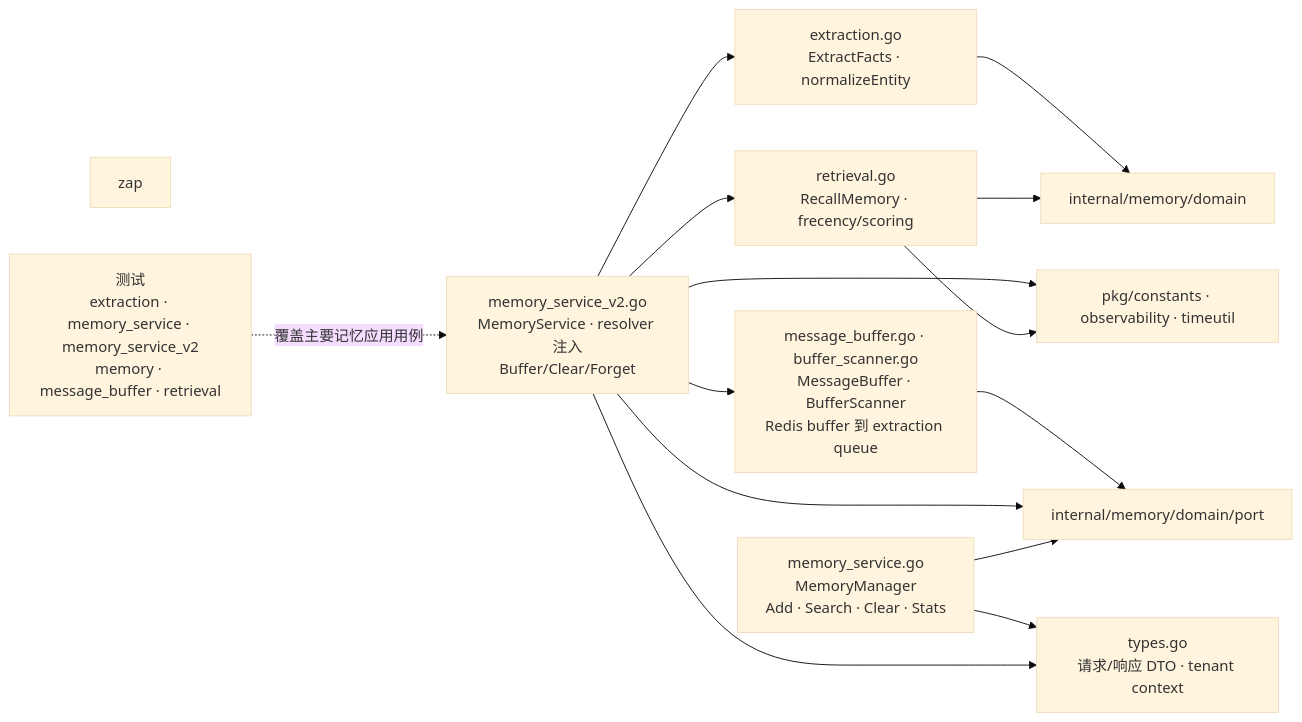
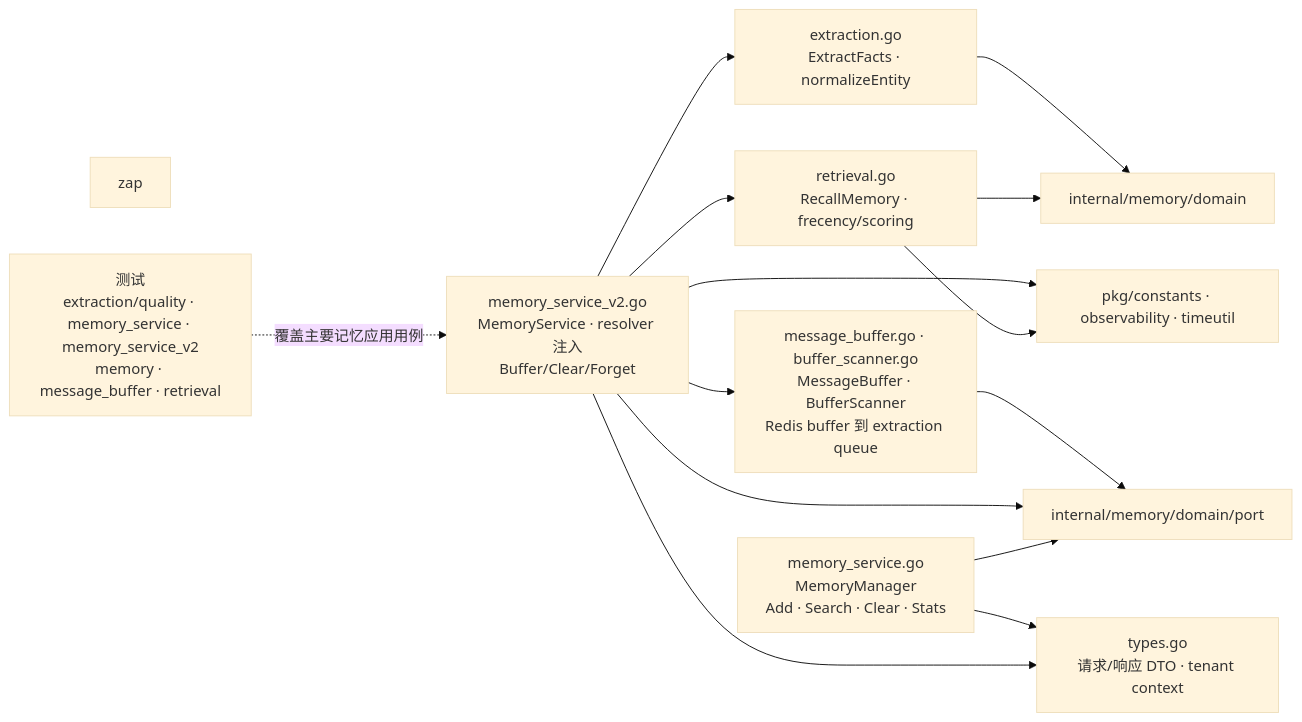
Before and after one commit to ArchChuan/Stratum: the diagram in docs/go-package-architecture/internal-memory-application.md, drawn with Mermaid (base theme). The commit also changed other lines of this file and 12 other files, not shown here.

````diff
--- a/docs/go-package-architecture/internal-memory-application.md
+++ b/docs/go-package-architecture/internal-memory-application.md
@@ -7,27 +7,27 @@
 ```mermaid
 flowchart LR
   legacy["memory_service.go<br/>MemoryManager<br/>Add · Search · Clear · Stats"]
   service["memory_service_v2.go<br/>MemoryService · resolver 注入<br/>Buffer/Clear/Forget"]
   extraction["extraction.go<br/>ExtractFacts · normalizeEntity"]
   retrieval["retrieval.go<br/>RecallMemory · frecency/scoring"]
   buffer["message_buffer.go · buffer_scanner.go<br/>MessageBuffer · BufferScanner<br/>Redis buffer 到 extraction queue"]
   types["types.go<br/>请求/响应 DTO · tenant context"]
   domain["internal/memory/domain"]
   ports["internal/memory/domain/port"]
   pkg["pkg/constants · observability · timeutil"]
   ext["zap"]
-  tests["测试<br/>extraction · memory_service · memory_service_v2<br/>memory · message_buffer · retrieval"]
+  tests["测试<br/>extraction/quality · memory_service · memory_service_v2<br/>memory · message_buffer · retrieval"]
   service --> extraction
   service --> retrieval
   service --> buffer
   legacy --> types
   service --> types
   extraction --> domain
   retrieval --> domain
   buffer --> ports
   service --> ports
   legacy --> ports
   service --> pkg
   retrieval --> pkg
   tests -.覆盖主要记忆应用用例.-> service
 ```
````
